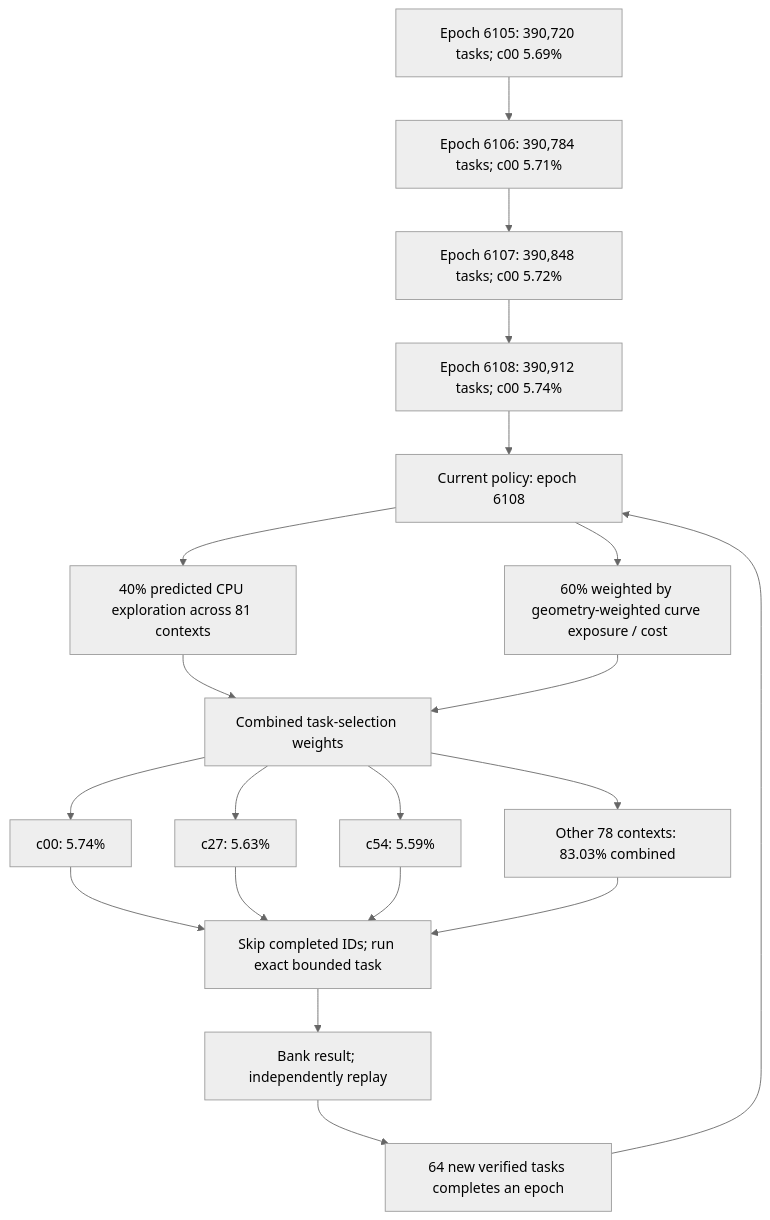
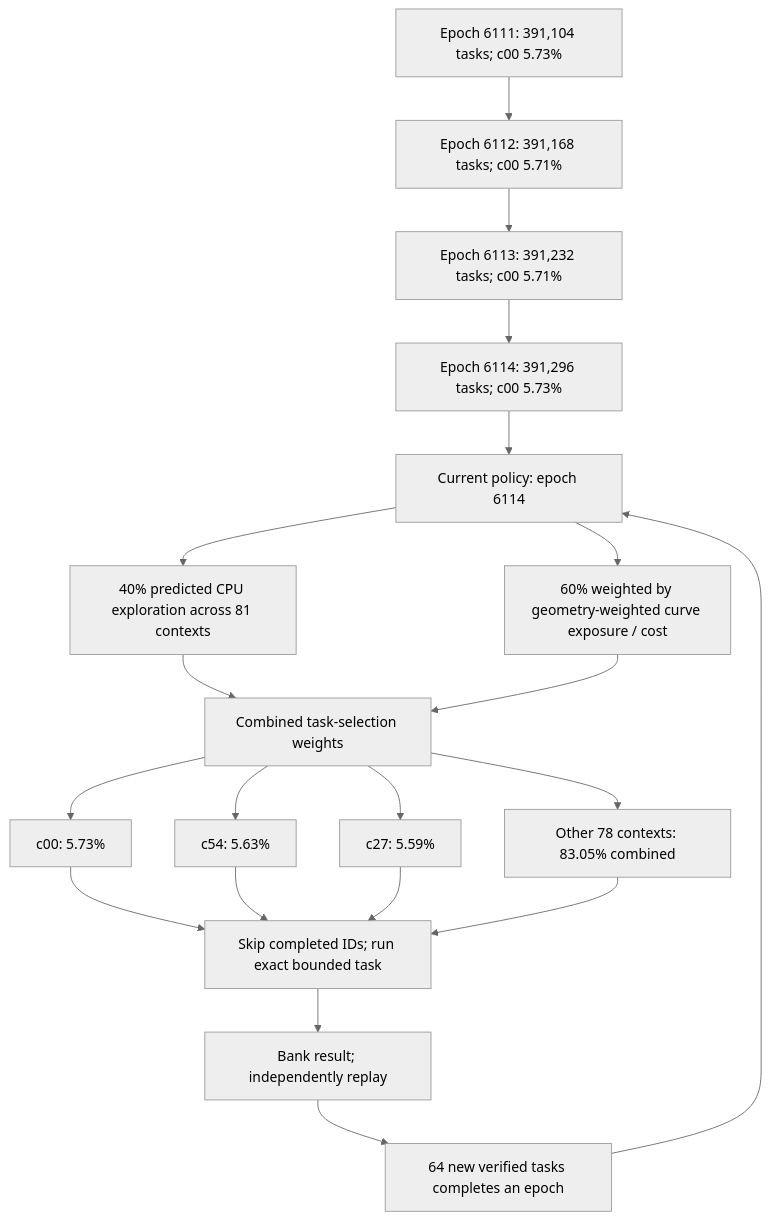
The first of 4 diagrams in README.md (Kuberwastaken/math-gambling), drawn with Mermaid (neutral theme) before and after one commit. The commit also changed other lines of this file and 1909 other files, not shown here.

````diff
--- a/README.md
+++ b/README.md
@@ -60,27 +60,27 @@
 ```mermaid
 flowchart TD
-    H0["Epoch 6105: 390,720 tasks; c00 5.69%"]
-    H1["Epoch 6106: 390,784 tasks; c00 5.71%"]
+    H0["Epoch 6111: 391,104 tasks; c00 5.73%"]
+    H1["Epoch 6112: 391,168 tasks; c00 5.71%"]
     H0 --> H1
-    H2["Epoch 6107: 390,848 tasks; c00 5.72%"]
+    H2["Epoch 6113: 391,232 tasks; c00 5.71%"]
     H1 --> H2
-    H3["Epoch 6108: 390,912 tasks; c00 5.74%"]
+    H3["Epoch 6114: 391,296 tasks; c00 5.73%"]
     H2 --> H3
-    Policy["Current policy: epoch 6108"]
+    Policy["Current policy: epoch 6114"]
     H3 --> Policy
     Policy --> Explore["40% predicted CPU exploration across 81 contexts"]
     Policy --> Cost["60% weighted by geometry-weighted curve exposure / cost"]
     Explore --> Mix["Combined task-selection weights"]
     Cost --> Mix
-    Mix --> C0["c00: 5.74%"]
-    Mix --> C1["c27: 5.63%"]
-    Mix --> C2["c54: 5.59%"]
-    Mix --> Rest["Other 78 contexts: 83.03% combined"]
+    Mix --> C0["c00: 5.73%"]
+    Mix --> C1["c54: 5.63%"]
+    Mix --> C2["c27: 5.59%"]
+    Mix --> Rest["Other 78 contexts: 83.05% combined"]
     C0 --> Check["Skip completed IDs; run exact bounded task"]
     C1 --> Check
     C2 --> Check
     Rest --> Check
     Check --> Replay["Bank result; independently replay"]
     Replay --> Gate["64 new verified tasks completes an epoch"]
     Gate --> Policy
 ```
````
